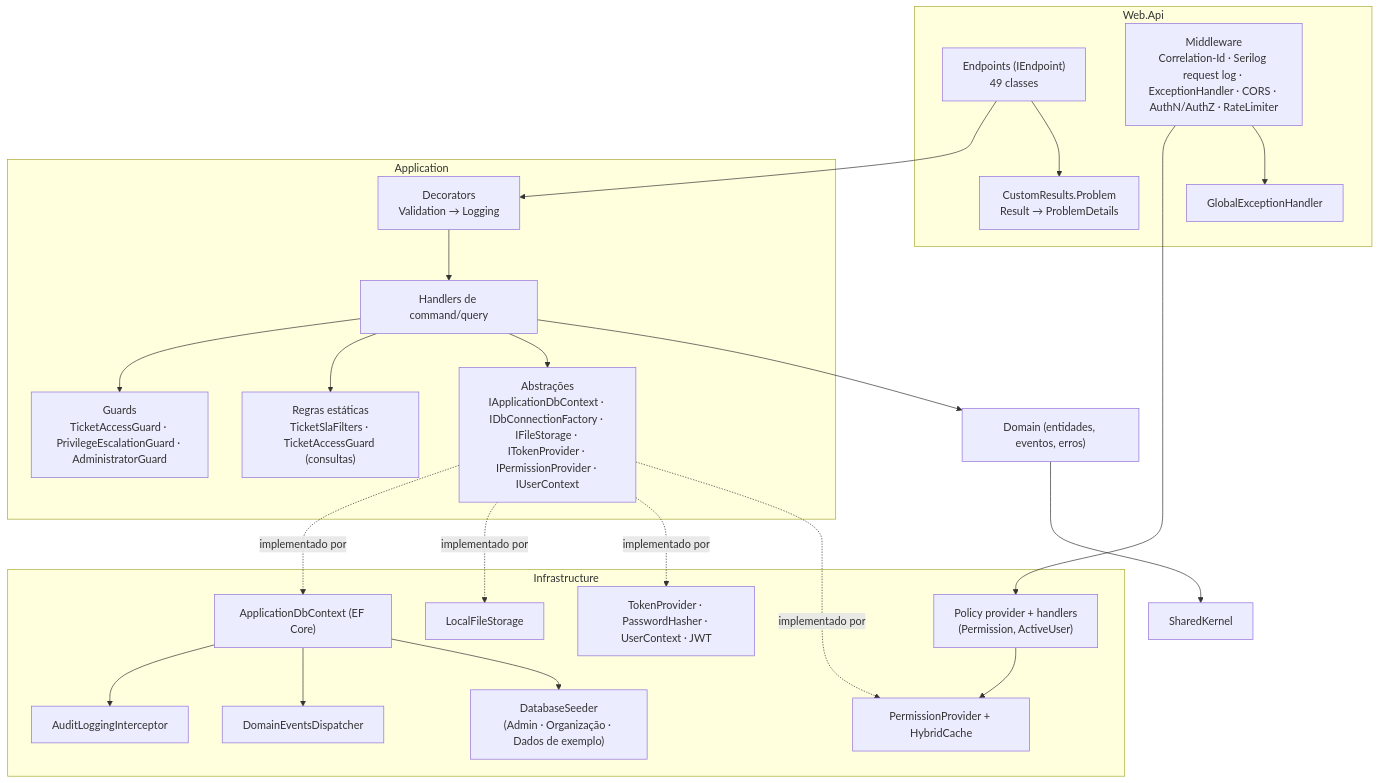
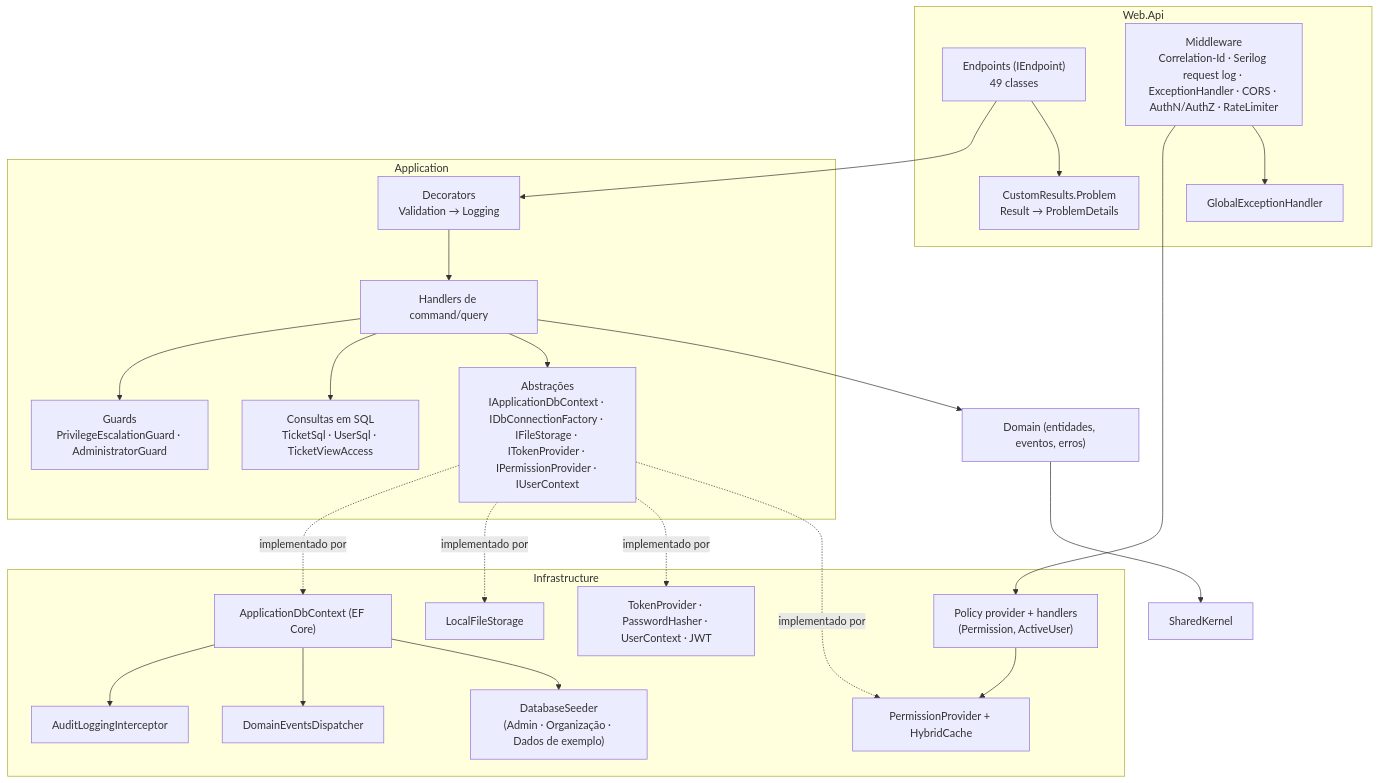
One commit to rafaelps15/tickest-pristine changed the fourth of 7 diagrams in SYSTEM_SPECIFICATION.md. Above: the diagram before and after it, drawn with Mermaid. The commit also changed other lines of this file and 153 other files, not shown here.

````diff
--- a/SYSTEM_SPECIFICATION.md
+++ b/SYSTEM_SPECIFICATION.md
@@ -309,39 +309,39 @@
 ```mermaid
 flowchart TB
     subgraph WebApi["Web.Api"]
         EP["Endpoints (IEndpoint)<br/>49 classes"]
         MW["Middleware<br/>Correlation-Id · Serilog request log · ExceptionHandler · CORS · AuthN/AuthZ · RateLimiter"]
         CR["CustomResults.Problem<br/>Result → ProblemDetails"]
         GEH["GlobalExceptionHandler"]
     end
     subgraph App["Application"]
         DEC["Decorators<br/>Validation → Logging"]
         H["Handlers de command/query"]
-        G["Guards<br/>TicketAccessGuard · PrivilegeEscalationGuard · AdministratorGuard"]
-        R["Regras estáticas<br/>TicketSlaFilters · TicketAccessGuard (consultas)"]
+        G["Guards<br/>PrivilegeEscalationGuard · AdministratorGuard"]
+        R["Consultas em SQL<br/>TicketSql · UserSql · TicketViewAccess"]
         ABS["Abstrações<br/>IApplicationDbContext · IDbConnectionFactory · IFileStorage · ITokenProvider · IPermissionProvider · IUserContext"]
     end
     subgraph Infra["Infrastructure"]
         DB["ApplicationDbContext (EF Core)"]
         AUD["AuditLoggingInterceptor"]
         DISP["DomainEventsDispatcher"]
         PP["PermissionProvider + HybridCache"]
         AUTH["TokenProvider · PasswordHasher · UserContext · JWT"]
         AZ["Policy provider + handlers<br/>(Permission, ActiveUser)"]
         ST["LocalFileStorage"]
         SEED["DatabaseSeeder<br/>(Admin · Organização · Dados de exemplo)"]
     end
     Dom["Domain (entidades, eventos, erros)"]
     SK["SharedKernel"]
 
     EP --> DEC --> H
     H --> G & R & ABS
     MW --> AZ --> PP
     ABS -.implementado por.-> DB & ST & AUTH & PP
     DB --> AUD
     DB --> DISP
     DB --> SEED
     H --> Dom --> SK
     EP --> CR
     MW --> GEH
 ```
````
